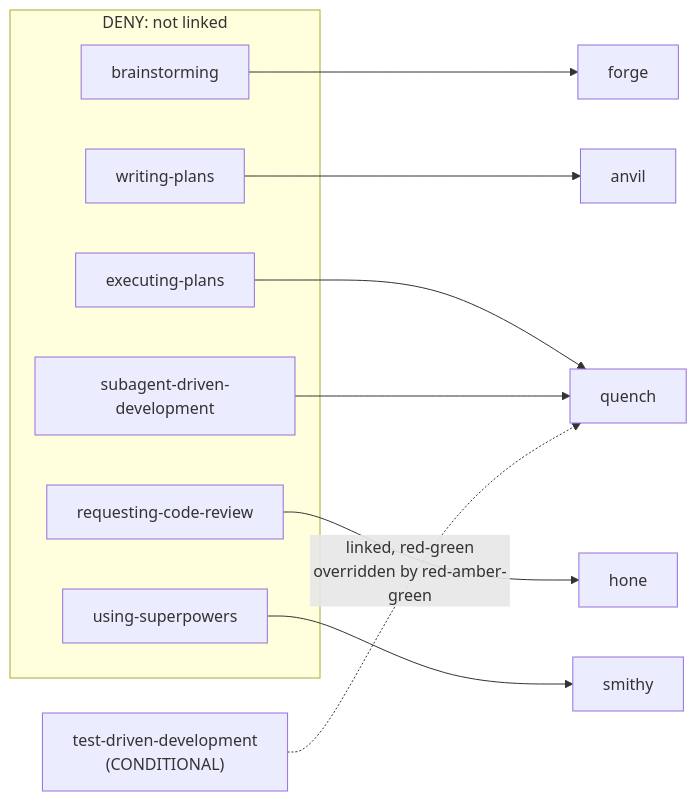
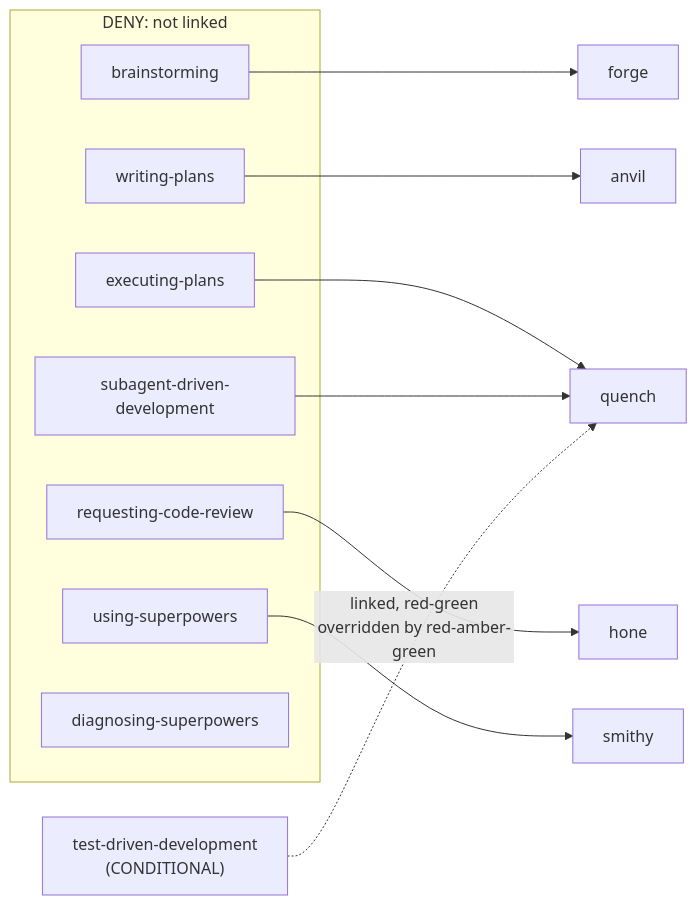
One commit to forkrul/damascus_development changed the seventh of 7 diagrams in docs/architecture.md. Above: the diagram before and after it, drawn with Mermaid. The commit also changed other lines of this file and 3 other files, not shown here.

````diff
--- a/docs/architecture.md
+++ b/docs/architecture.md
@@ -184,18 +184,19 @@
 ```mermaid
 flowchart LR
     subgraph DENY["DENY: not linked"]
         b[brainstorming]
         wp[writing-plans]
         ep[executing-plans]
         rcr[requesting-code-review]
         us[using-superpowers]
         sdd[subagent-driven-development]
+        ds[diagnosing-superpowers]
     end
     b --> forge
     wp --> anvil
     ep --> quench
     sdd --> quench
     rcr --> hone
     us --> smithy
     tdd["test-driven-development<br/>(CONDITIONAL)"] -. "linked, red-green<br/>overridden by red-amber-green" .-> quench
 ```
````
